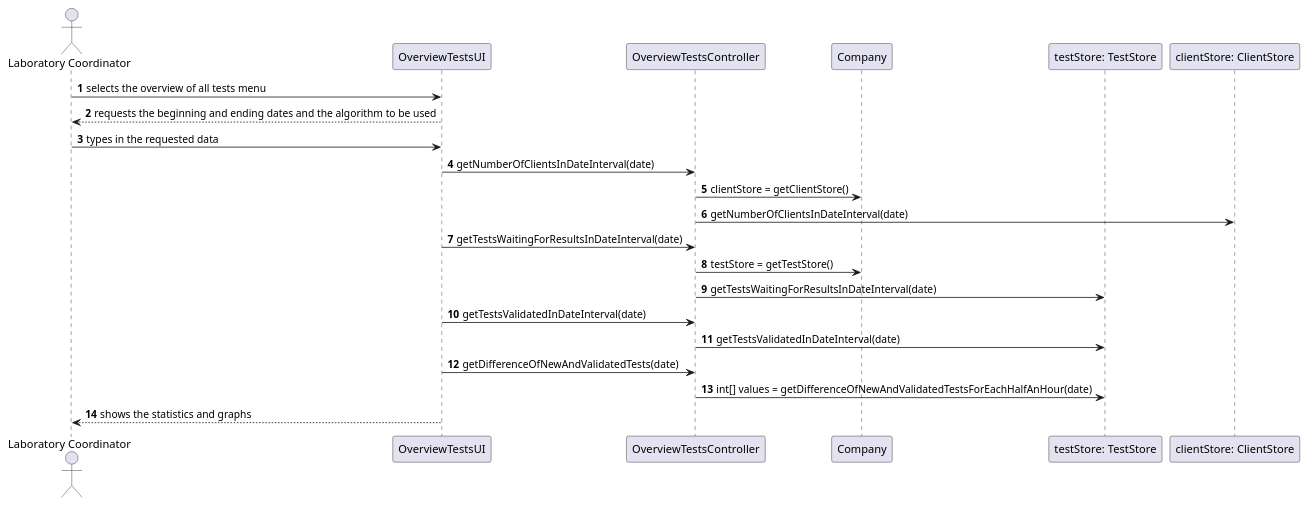
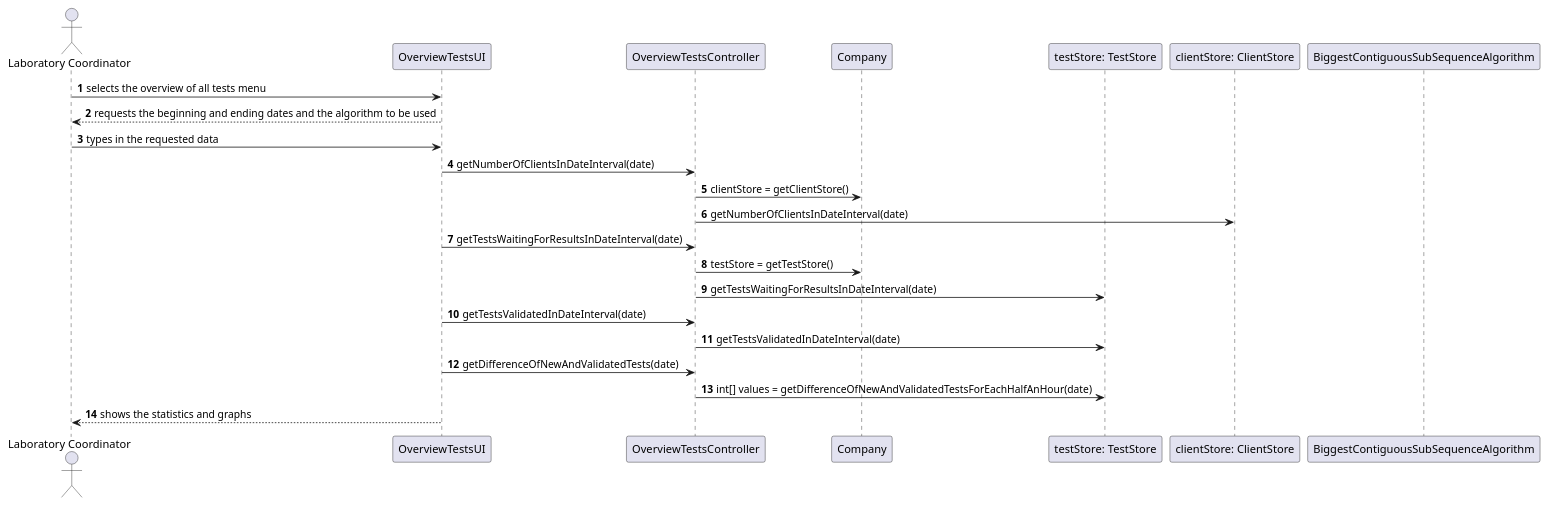
Before and after one commit to MadDinosaur/ISEP-LAPR2: the diagram in docs/SprintD/US16/US16_SD.puml, drawn with PlantUML. The commit also changed 2 other files, not shown here.

Commit message:
US16: made some changes to the domain model and the sequence diagram; created the class diagram.

```diff
--- a/docs/SprintD/US16/US16_SD.puml
+++ b/docs/SprintD/US16/US16_SD.puml
@@ -1,27 +1,28 @@
 @startuml
 
 autonumber
 
 actor "Laboratory Coordinator" as lc
 participant "OverviewTestsUI" as otUI
 participant "OverviewTestsController" as otC
 participant "Company" as company
 participant "testStore: TestStore" as ts
 participant "clientStore: ClientStore" as cs
+participant "BiggestContiguousSubSequenceAlgorithm"
 
 lc -> otUI: selects the overview of all tests menu
 otUI -[dotted]> lc: requests the beginning and ending dates and the algorithm to be used
 lc -> otUI: types in the requested data
 otUI -> otC: getNumberOfClientsInDateInterval(date)
 otC -> company: clientStore = getClientStore()
 otC -> cs: getNumberOfClientsInDateInterval(date)
 otUI -> otC: getTestsWaitingForResultsInDateInterval(date)
 otC -> company: testStore = getTestStore()
 otC -> ts: getTestsWaitingForResultsInDateInterval(date)
 otUI -> otC: getTestsValidatedInDateInterval(date)
 otC -> ts: getTestsValidatedInDateInterval(date)
 otUI -> otC: getDifferenceOfNewAndValidatedTests(date)
 otC -> ts: int[] values = getDifferenceOfNewAndValidatedTestsForEachHalfAnHour(date)
 otUI -[dotted]> lc: shows the statistics and graphs
 
 @enduml
```
